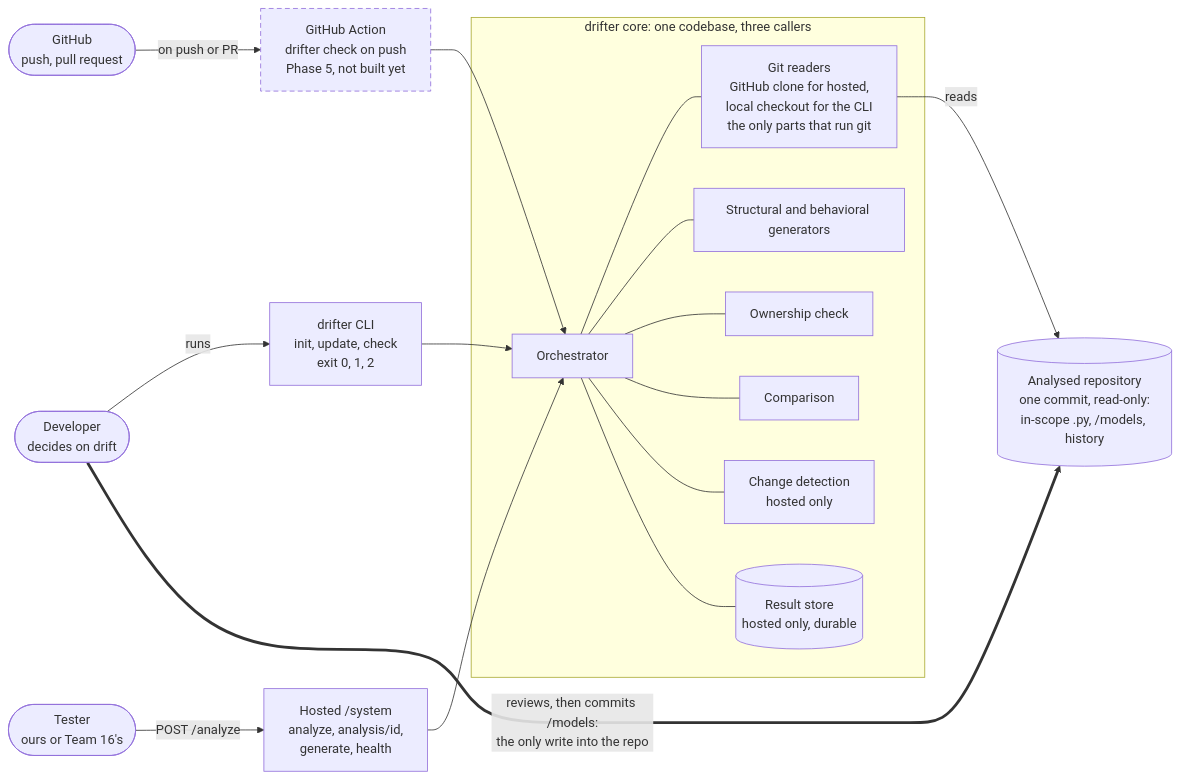
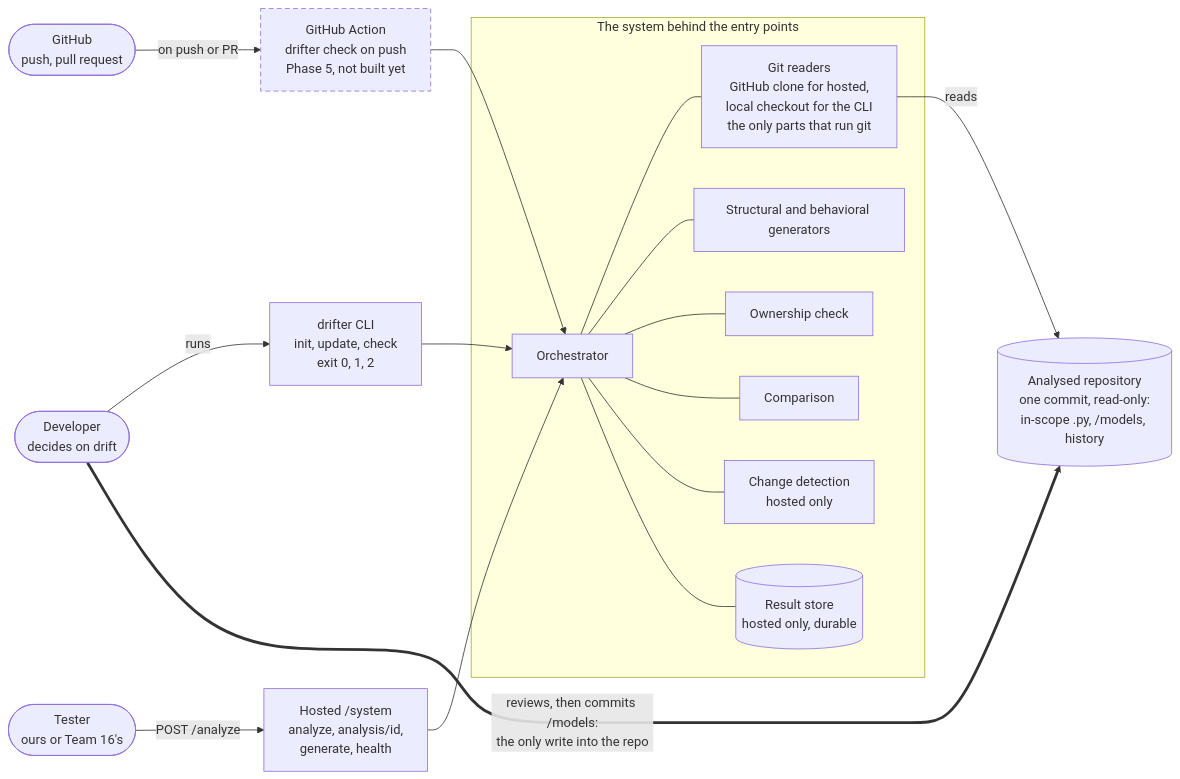
Before and after one commit to MuhammadSban/DocumentationModelDrifter: the diagram in docs/diagrams/dependency.md, drawn with Mermaid. The commit also changed 3 other files, not shown here.

````diff
--- a/docs/diagrams/dependency.md
+++ b/docs/diagrams/dependency.md
@@ -7,37 +7,37 @@
 ```mermaid
 flowchart LR
     accTitle: Who talks to what
     accDescr: The developer runs the CLI, GitHub runs the Action on every push (Phase 5, not built yet), and a tester calls the hosted /system routes. All three call one drifter core, whose git readers read the analysed repository at one commit: a blobless GitHub clone for the hosted service, the local checkout for the CLI. The only write into the repository is the developer committing /models.
 
     Dev([Developer<br/>decides on drift])
     GH([GitHub<br/>push, pull request])
     Tester([Tester<br/>ours or Team 16's])
 
     CLI[drifter CLI<br/>init, update, check<br/>exit 0, 1, 2]
     Action[GitHub Action<br/>drifter check on push<br/>Phase 5, not built yet]
     Hosted[Hosted /system<br/>analyze, analysis/id,<br/>generate, health]
 
-    subgraph Core[drifter core: one codebase, three callers]
+    subgraph Core[The system behind the entry points]
         Orch[Orchestrator]
         Git[Git readers<br/>GitHub clone for hosted,<br/>local checkout for the CLI<br/>the only parts that run git]
         Gen[Structural and behavioral generators]
         Own[Ownership check]
         Cmp[Comparison]
         Chg[Change detection<br/>hosted only]
         Store[(Result store<br/>hosted only, durable)]
     end
 
     Repo[(Analysed repository<br/>one commit, read-only:<br/>in-scope .py, /models, history)]
 
     Dev -- runs --> CLI
     GH -- on push or PR --> Action
     Tester -- POST /analyze --> Hosted
     CLI --> Orch
     Action --> Orch
     Hosted --> Orch
     Orch --- Git & Gen & Own & Cmp & Chg & Store
     Git -- reads --> Repo
     Dev == reviews, then commits /models:<br/>the only write into the repo ==> Repo
 
     style Action stroke-dasharray: 6 4
 ```
````
